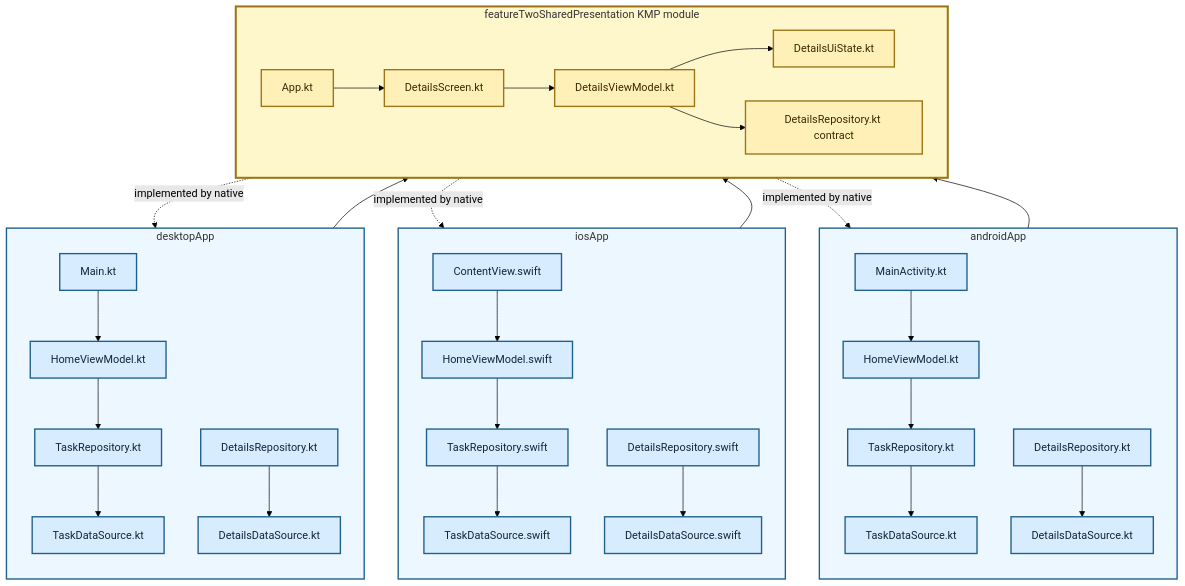
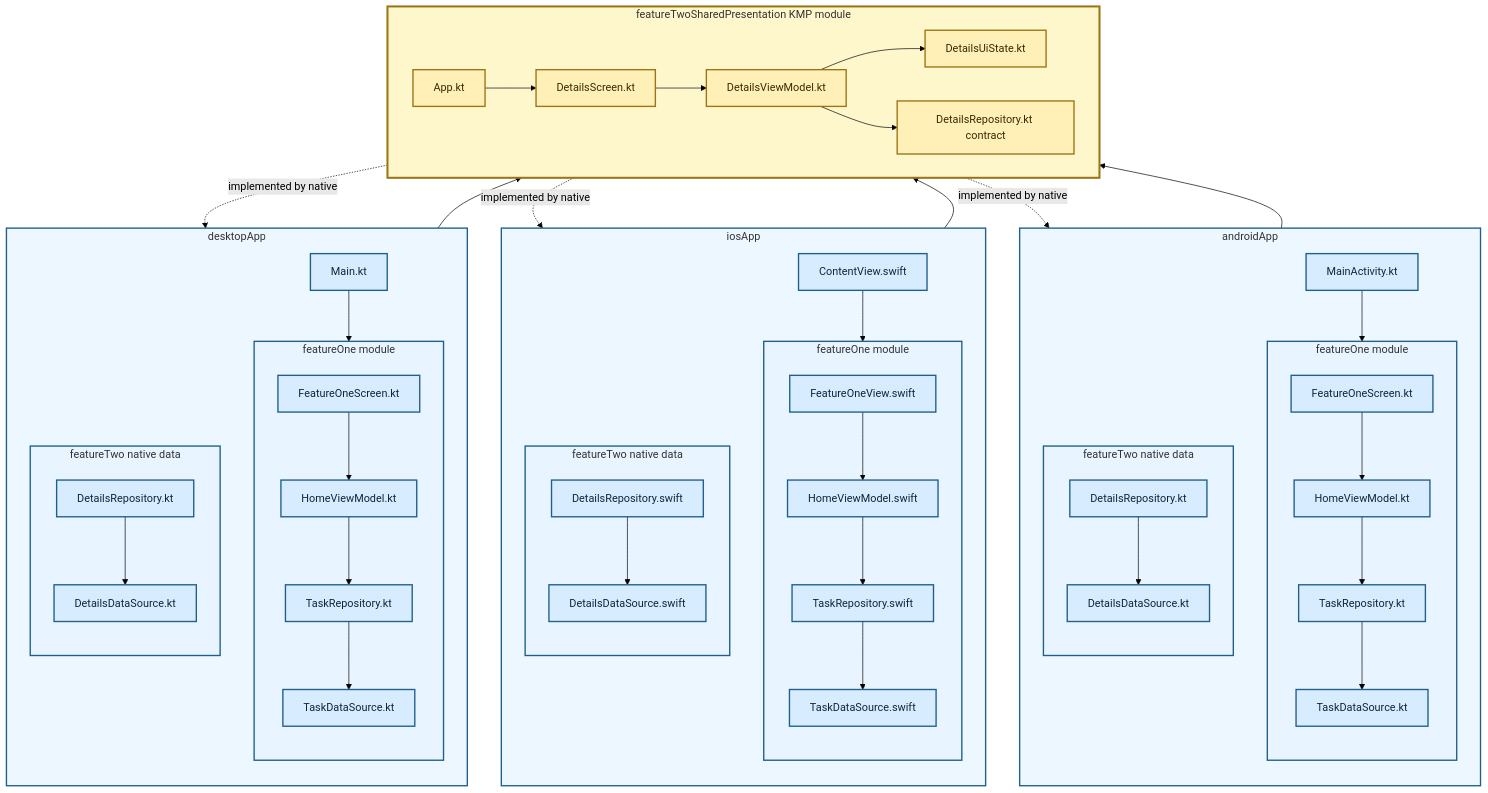
Before and after one commit to TheSetox/kmp-sample-diagrams: the diagram in diagrams/11-modular-kmp-presentation-layer.md, drawn with Mermaid (forest theme). The commit also changed 126 other files, not shown here.

Commit message:
sample: separate modular feature one slices

````diff
--- a/diagrams/11-modular-kmp-presentation-layer.md
+++ b/diagrams/11-modular-kmp-presentation-layer.md
@@ -7,37 +7,61 @@
   subgraph Android["androidApp"]
     direction TB
     AEntry["MainActivity.kt"]
-    AHomeVM["HomeViewModel.kt"]
-    ATaskRepository["TaskRepository.kt"]
-    ATaskDataSource["TaskDataSource.kt"]
-    ADetailsRepository["DetailsRepository.kt"]
-    ADetailsDataSource["DetailsDataSource.kt"]
-    AEntry --> AHomeVM --> ATaskRepository --> ATaskDataSource
-    ADetailsRepository --> ADetailsDataSource
+    subgraph AFeatureOne["featureOne module"]
+      direction TB
+      AHomeUI["FeatureOneScreen.kt"]
+      AHomeVM["HomeViewModel.kt"]
+      ATaskRepository["TaskRepository.kt"]
+      ATaskDataSource["TaskDataSource.kt"]
+      AHomeUI --> AHomeVM --> ATaskRepository --> ATaskDataSource
+    end
+    subgraph AFeatureTwo["featureTwo native data"]
+      direction TB
+      ADetailsRepository["DetailsRepository.kt"]
+      ADetailsDataSource["DetailsDataSource.kt"]
+      ADetailsRepository --> ADetailsDataSource
+    end
+    AEntry --> AHomeUI
   end
 
   subgraph IOS["iosApp"]
     direction TB
     IEntry["ContentView.swift"]
-    IHomeVM["HomeViewModel.swift"]
-    ITaskRepository["TaskRepository.swift"]
-    ITaskDataSource["TaskDataSource.swift"]
-    IDetailsRepository["DetailsRepository.swift"]
-    IDetailsDataSource["DetailsDataSource.swift"]
-    IEntry --> IHomeVM --> ITaskRepository --> ITaskDataSource
-    IDetailsRepository --> IDetailsDataSource
+    subgraph IFeatureOne["featureOne module"]
+      direction TB
+      IHomeUI["FeatureOneView.swift"]
+      IHomeVM["HomeViewModel.swift"]
+      ITaskRepository["TaskRepository.swift"]
+      ITaskDataSource["TaskDataSource.swift"]
+      IHomeUI --> IHomeVM --> ITaskRepository --> ITaskDataSource
+    end
+    subgraph IFeatureTwo["featureTwo native data"]
+      direction TB
+      IDetailsRepository["DetailsRepository.swift"]
+      IDetailsDataSource["DetailsDataSource.swift"]
+      IDetailsRepository --> IDetailsDataSource
+    end
+    IEntry --> IHomeUI
   end
 
   subgraph Desktop["desktopApp"]
     direction TB
     DEntry["Main.kt"]
-    DHomeVM["HomeViewModel.kt"]
-    DTaskRepository["TaskRepository.kt"]
-    DTaskDataSource["TaskDataSource.kt"]
-    DDetailsRepository["DetailsRepository.kt"]
-    DDetailsDataSource["DetailsDataSource.kt"]
-    DEntry --> DHomeVM --> DTaskRepository --> DTaskDataSource
-    DDetailsRepository --> DDetailsDataSource
+    subgraph DFeatureOne["featureOne module"]
+      direction TB
+      DHomeUI["FeatureOneScreen.kt"]
+      DHomeVM["HomeViewModel.kt"]
+      DTaskRepository["TaskRepository.kt"]
+      DTaskDataSource["TaskDataSource.kt"]
+      DHomeUI --> DHomeVM --> DTaskRepository --> DTaskDataSource
+    end
+    subgraph DFeatureTwo["featureTwo native data"]
+      direction TB
+      DDetailsRepository["DetailsRepository.kt"]
+      DDetailsDataSource["DetailsDataSource.kt"]
+      DDetailsRepository --> DDetailsDataSource
+    end
+    DEntry --> DHomeUI
   end
 
   subgraph KMP["featureTwoSharedPresentation KMP module"]
@@ -61,10 +85,16 @@
 
   classDef app fill:#d8ecff,stroke:#1f5f8b,color:#0f2738,stroke-width:2px;
   classDef kmp fill:#fff0b8,stroke:#9b7415,color:#3b2a00,stroke-width:2px;
-  class AEntry,AHomeVM,ATaskRepository,ATaskDataSource,ADetailsRepository,ADetailsDataSource,IEntry,IHomeVM,ITaskRepository,ITaskDataSource,IDetailsRepository,IDetailsDataSource,DEntry,DHomeVM,DTaskRepository,DTaskDataSource,DDetailsRepository,DDetailsDataSource app;
+  class AEntry,AHomeUI,AHomeVM,ATaskRepository,ATaskDataSource,ADetailsRepository,ADetailsDataSource,IEntry,IHomeUI,IHomeVM,ITaskRepository,ITaskDataSource,IDetailsRepository,IDetailsDataSource,DEntry,DHomeUI,DHomeVM,DTaskRepository,DTaskDataSource,DDetailsRepository,DDetailsDataSource app;
   class App,Screen,State,VM,RepositoryPort kmp;
   style Android fill:#edf7ff,stroke:#1f5f8b,stroke-width:2px
   style IOS fill:#edf7ff,stroke:#1f5f8b,stroke-width:2px
   style Desktop fill:#edf7ff,stroke:#1f5f8b,stroke-width:2px
+  style AFeatureOne fill:#e8f4ff,stroke:#1f5f8b,stroke-width:2px
+  style AFeatureTwo fill:#e8f4ff,stroke:#1f5f8b,stroke-width:2px
+  style IFeatureOne fill:#e8f4ff,stroke:#1f5f8b,stroke-width:2px
+  style IFeatureTwo fill:#e8f4ff,stroke:#1f5f8b,stroke-width:2px
+  style DFeatureOne fill:#e8f4ff,stroke:#1f5f8b,stroke-width:2px
+  style DFeatureTwo fill:#e8f4ff,stroke:#1f5f8b,stroke-width:2px
   style KMP fill:#fff7cc,stroke:#9b7415,stroke-width:3px
 ```
````
